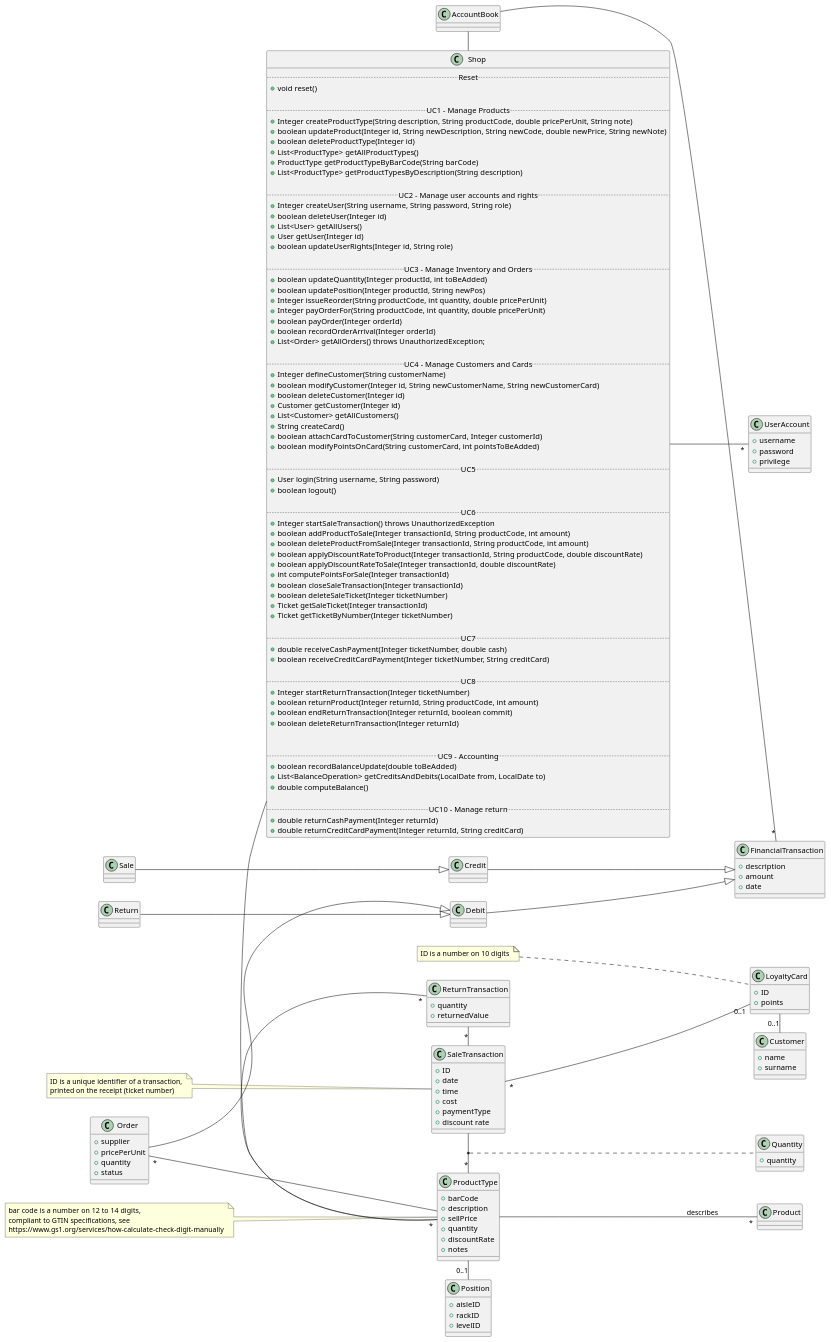
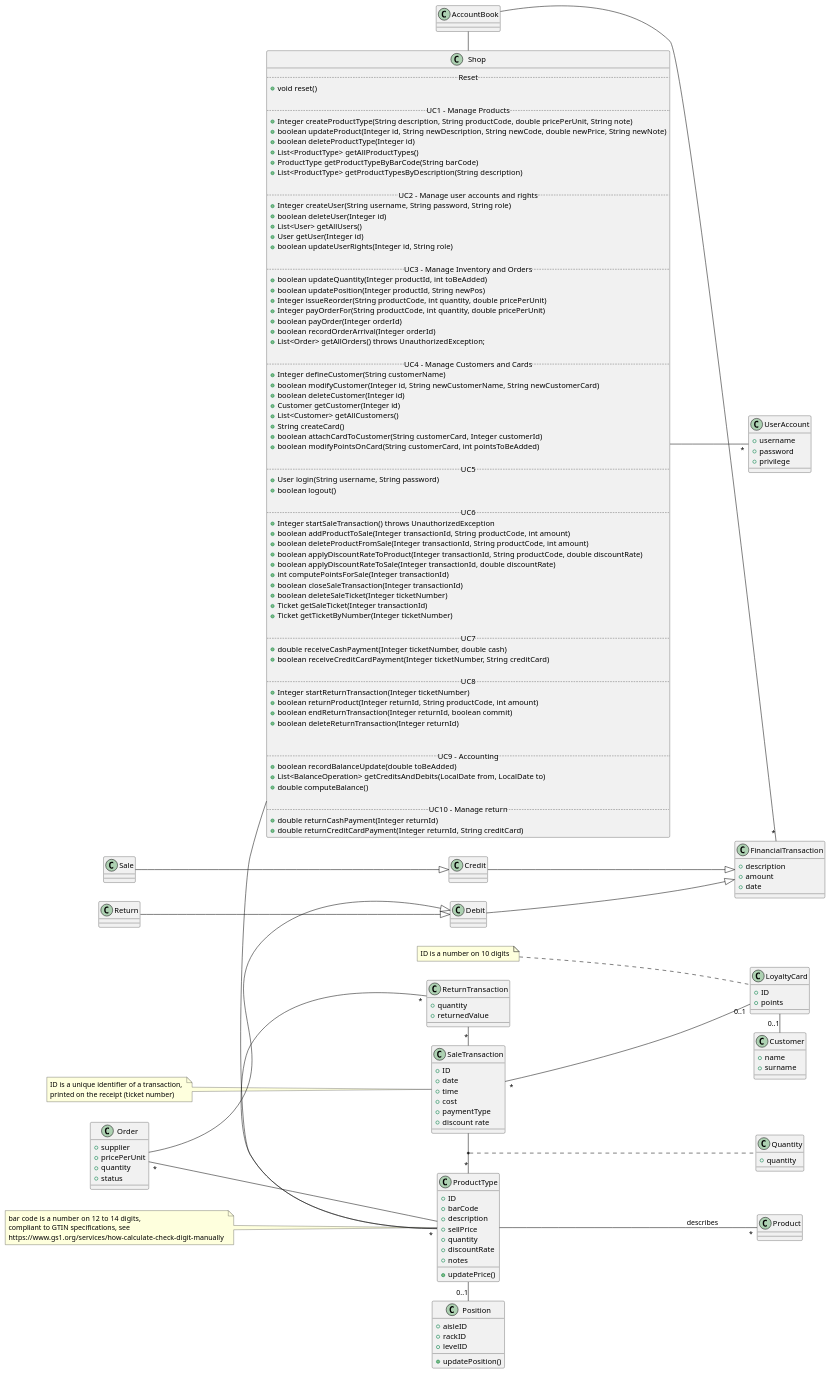
Before and after one commit to Stormz4/group20-EzShop: the second of 9 diagrams in Deliverables/DesignDocument.md, drawn with PlantUML. The commit also changed other lines of this file, not shown here.

Commit message:
Doc: Added sequence diagrams

```diff
--- a/Deliverables/DesignDocument.md
+++ b/Deliverables/DesignDocument.md
@@ -157,12 +159,14 @@
 
 
 class ProductType{
+    +ID
     +barCode
     +description
     +sellPrice
     +quantity
     +discountRate
     +notes
+    +updatePrice()
 }
 
 Shop - "*" ProductType
@@ -204,6 +208,7 @@
     +aisleID
     +rackID
     +levelID
+    +updatePosition()
 }
 
 ProductType - "0..1" Position
```
